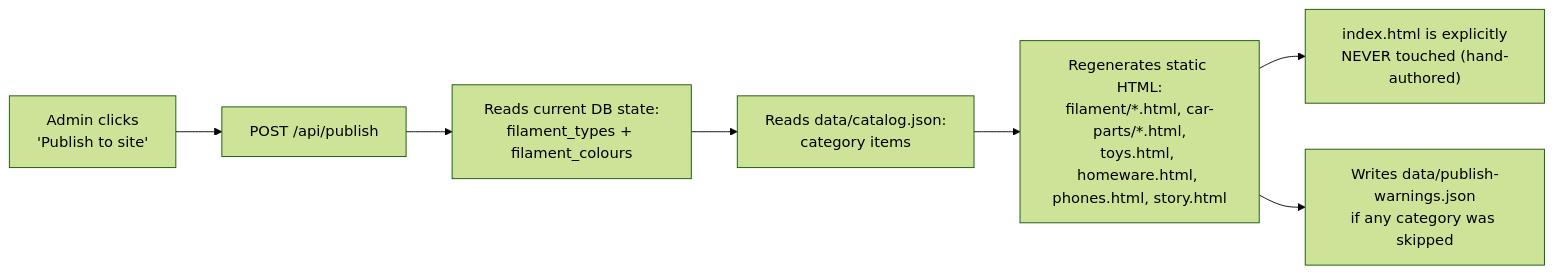
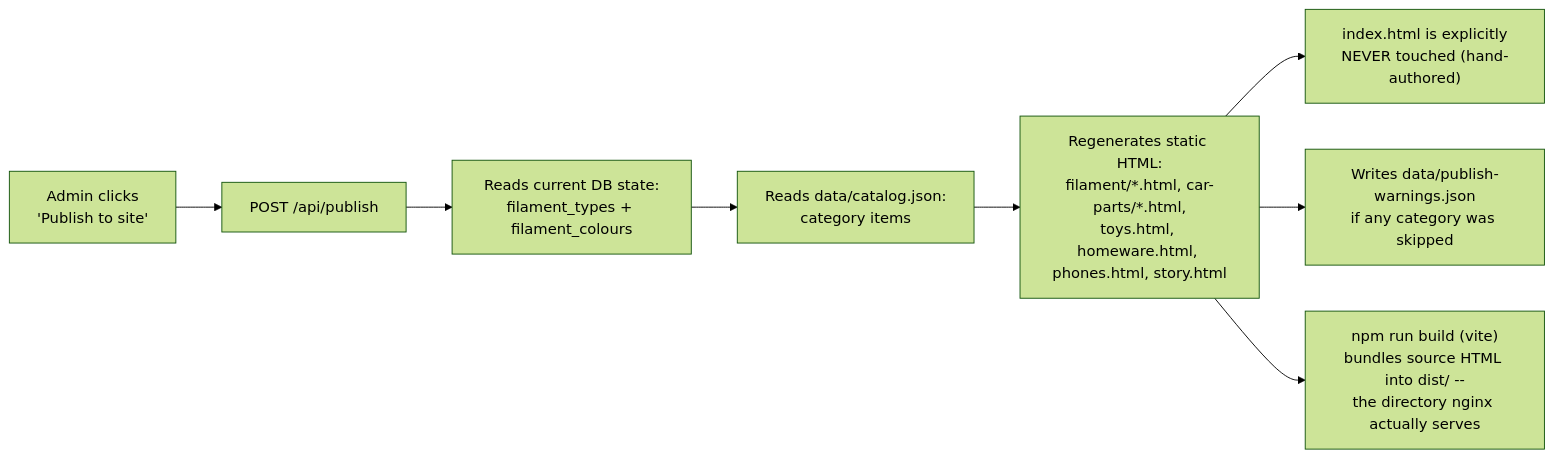
Before and after one commit to jbarkhuizen/Lapanza-3d-Creations-Martin: diagram 12 of 13 in docs/SYSTEM_DOCUMENTATION.md, drawn with Mermaid (forest theme). The commit also changed other lines of this file and 2 other files, not shown here.

````diff
--- a/docs/SYSTEM_DOCUMENTATION.md
+++ b/docs/SYSTEM_DOCUMENTATION.md
@@ -1251,9 +1263,10 @@
 ```mermaid
 flowchart LR
     A[Admin clicks<br/>'Publish to site'] --> B["POST /api/publish"]
     B --> C[Reads current DB state:<br/>filament_types + filament_colours]
     C --> D[Reads data/catalog.json:<br/>category items]
     D --> E[Regenerates static HTML:<br/>filament/*.html, car-parts/*.html,<br/>toys.html, homeware.html, phones.html, story.html]
     E --> F["index.html is explicitly<br/>NEVER touched (hand-authored)"]
     E --> G[Writes data/publish-warnings.json<br/>if any category was skipped]
+    E --> H["npm run build (vite)<br/>bundles source HTML into dist/ --<br/>the directory nginx actually serves"]
 ```
````
